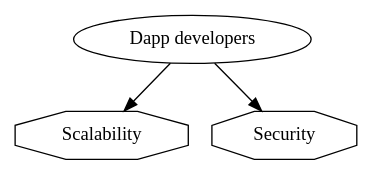
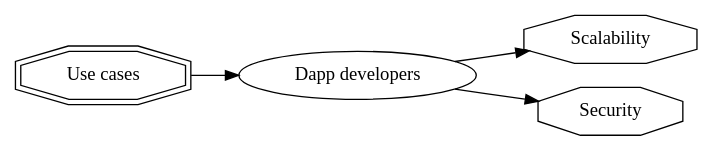
One commit to ledgerwatch/eth_state changed the ninth of 13 diagrams in Ethereum1x_definition.md. Above: the diagram before and after it, drawn with Graphviz. The commit also changed other lines of this file, not shown here.

````diff
--- a/Ethereum1x_definition.md
+++ b/Ethereum1x_definition.md
@@ -110,9 +122,12 @@
 ```graphviz
 digraph dapp_devs {
+rankdir=LR;
 dapp_devs [label="Dapp developers"];
+use_cases [label="Use cases" shape="doubleoctagon"];
+use_cases -> dapp_devs;
 scalability [label="Scalability" shape="octagon"];
 security [label="Security" shape="octagon"];
 dapp_devs -> scalability;
 dapp_devs -> security;
 }
 ```
````
